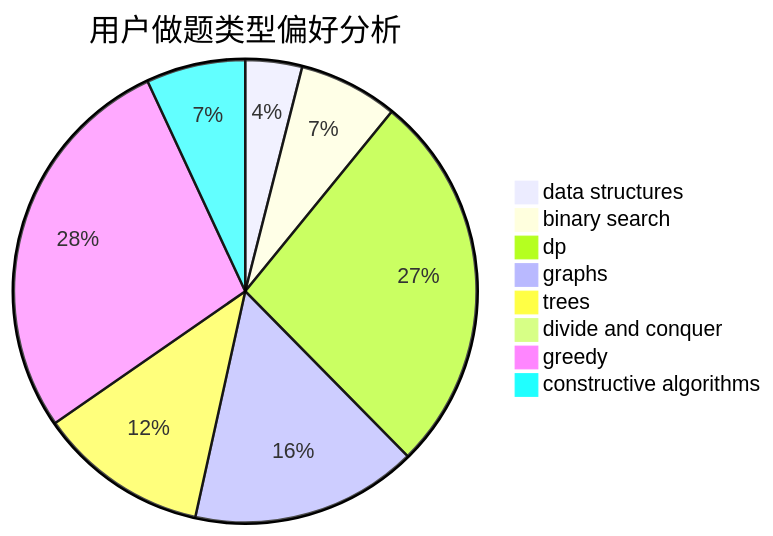
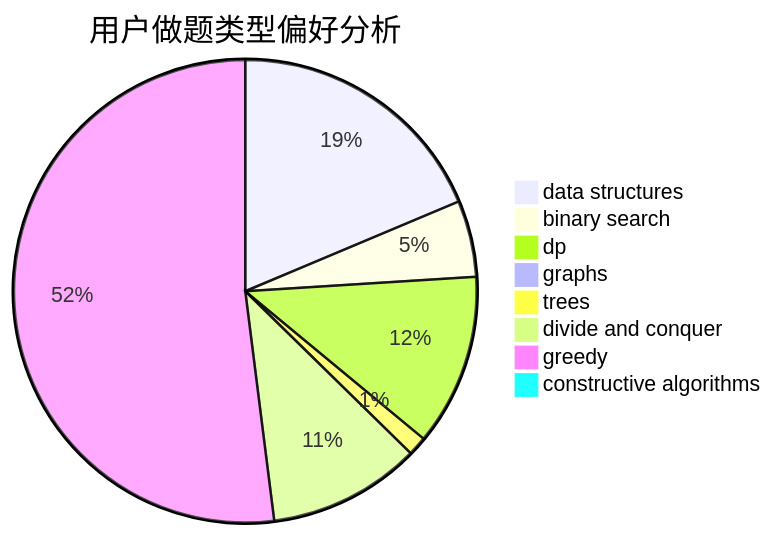
One commit to sherpahu/cfrs.github.io changed the second of 3 diagrams in docs/user/u788.md. Above: the diagram before and after it, drawn with Mermaid. The commit also changed other lines of this file and 2770 other files, not shown here.

````diff
--- a/docs/user/u788.md
+++ b/docs/user/u788.md
@@ -23,11 +23,11 @@
 ```mermaid
 pie title 用户做题类型偏好分析
-    "data structures" :  4
-    "binary search" :  7
-    "dp" :  27
-    "graphs" :  16
-    "trees" :  12
-    "divide and conquer" :  0
-    "greedy" :  28
-    "constructive algorithms" :  7
+    "data structures" :  14
+    "binary search" :  4
+    "dp" :  9
+    "graphs" :  0
+    "trees" :  1
+    "divide and conquer" :  8
+    "greedy" :  39
+    "constructive algorithms" :  0
 ```
````
